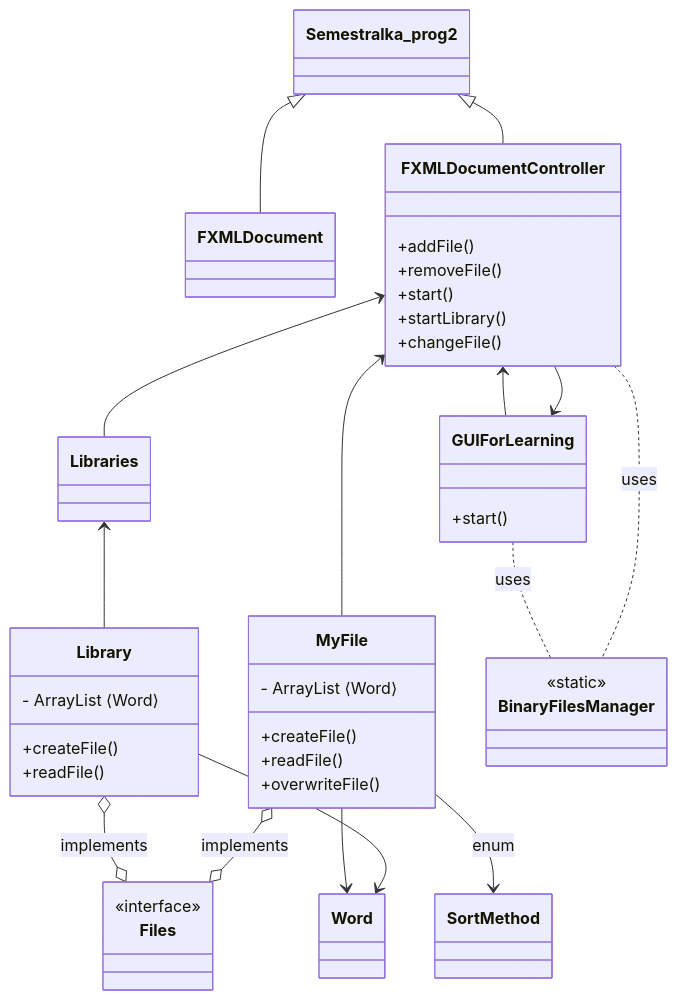
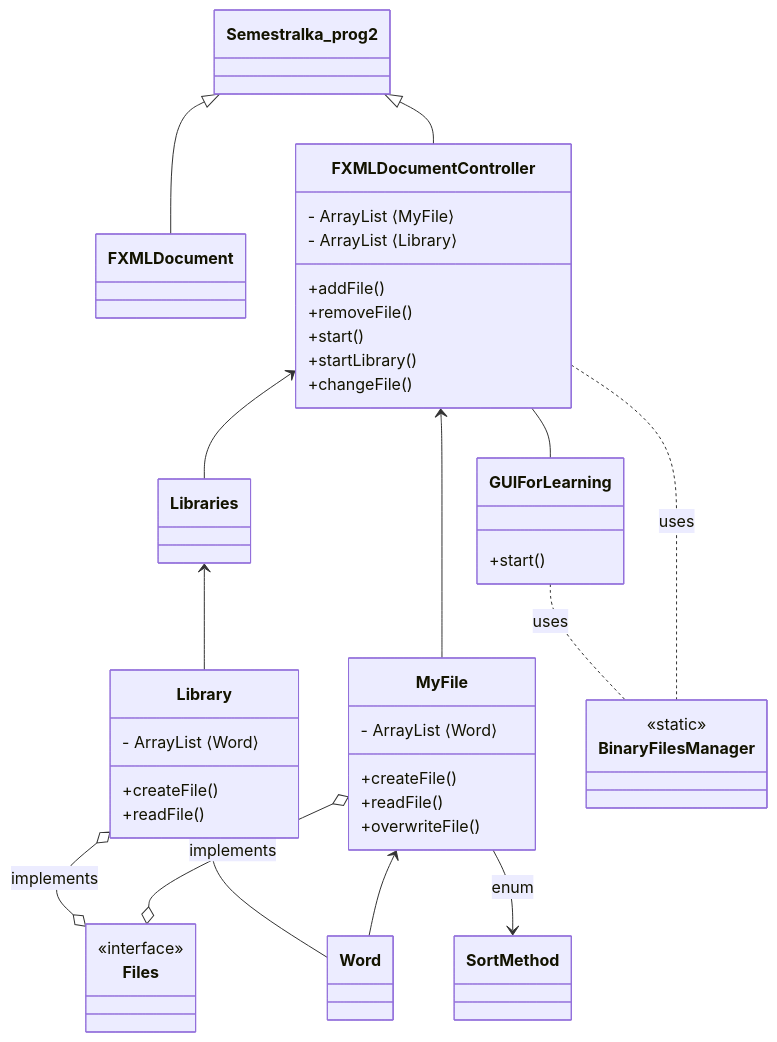
Before and after one commit to DanKohout/Semestralka2_learningApp: the diagram in README.md, drawn with Mermaid.

````diff
--- a/README.md
+++ b/README.md
@@ -94,40 +94,41 @@
 ```mermaid
 classDiagram
   Semestralka_prog2 <|-- FXMLDocument
   Semestralka_prog2 <|-- FXMLDocumentController
   class FXMLDocumentController{
+  - ArrayList ⟨MyFile⟩
+  - ArrayList ⟨Library⟩
     +addFile()
     +removeFile()
     +start()
     +startLibrary()
     +changeFile()
   }
-  FXMLDocumentController <-- GUIForLearning
-  GUIForLearning <-- FXMLDocumentController
+  FXMLDocumentController -- GUIForLearning
   class GUIForLearning{
     +start()
   }
   FXMLDocumentController <-- MyFile
   class MyFile{
     - ArrayList ⟨Word⟩
     +createFile()
     +readFile()
     +overwriteFile()
   }
   FXMLDocumentController <-- Libraries
   Libraries <-- Library
   class Library{
     - ArrayList ⟨Word⟩
     +createFile()
     +readFile()
   }
   Library o--o Files : implements
   MyFile o--o Files : implements
   <<interface>> Files
-  MyFile --> Word
-  Library --> Word
+  Library <-- Word
+  MyFile <-- Word
   MyFile --> SortMethod : enum
   GUIForLearning ..  BinaryFilesManager : uses
   FXMLDocumentController ..  BinaryFilesManager : uses
   <<static>> BinaryFilesManager
 ```
````
